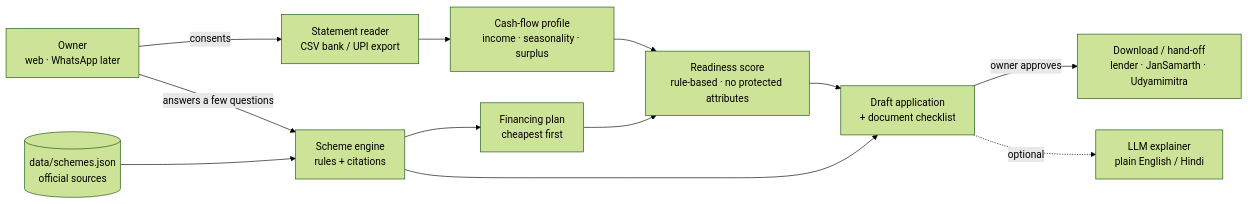
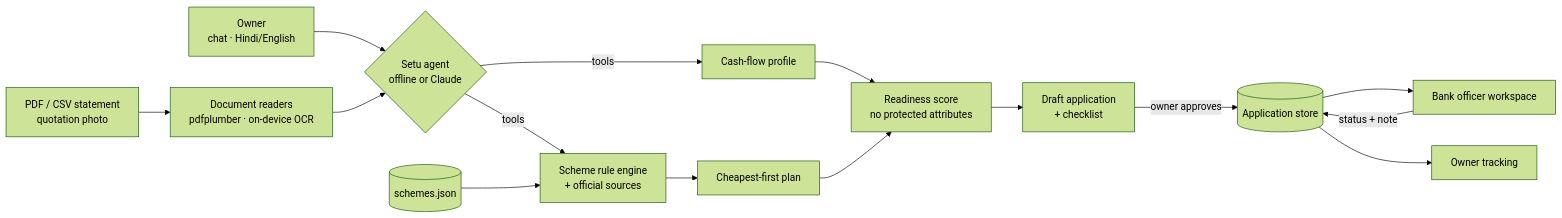
Before and after one commit to sreerevanth/CreditSetu: the diagram in README.md, drawn with Mermaid (forest theme). The commit also changed other lines of this file and 46 other files, not shown here.

````diff
--- a/README.md
+++ b/README.md
@@ -62,14 +67,17 @@
 ```mermaid
 flowchart LR
-    A[Owner<br/>web · WhatsApp later] -->|consents| B[Statement reader<br/>CSV bank / UPI export]
-    B --> C[Cash-flow profile<br/>income · seasonality · surplus]
-    A -->|answers a few questions| D[Scheme engine<br/>rules + citations]
-    R[(data/schemes.json<br/>official sources)] --> D
-    C --> E[Readiness score<br/>rule-based · no protected attributes]
-    D --> F[Financing plan<br/>cheapest first]
-    F --> E
-    E --> G[Draft application<br/>+ document checklist]
-    D --> G
-    G -->|owner approves| H[Download / hand-off<br/>lender · JanSamarth · Udyamimitra]
-    G -.optional.-> L[LLM explainer<br/>plain English / Hindi]
+    O[Owner<br/>chat · Hindi/English] --> A{Setu agent<br/>offline or Claude}
+    D[PDF / CSV statement<br/>quotation photo] --> R[Document readers<br/>pdfplumber · on-device OCR]
+    R --> A
+    A -->|tools| P[Cash-flow profile]
+    A -->|tools| E[Scheme rule engine<br/>+ official sources]
+    S[(schemes.json)] --> E
+    P --> SC[Readiness score<br/>no protected attributes]
+    E --> PL[Cheapest-first plan]
+    PL --> SC
+    SC --> AP[Draft application<br/>+ checklist]
+    AP -->|owner approves| Q[(Application store)]
+    Q --> B[Bank officer workspace]
+    B -->|status + note| Q
+    Q --> T[Owner tracking]
 ```
````
